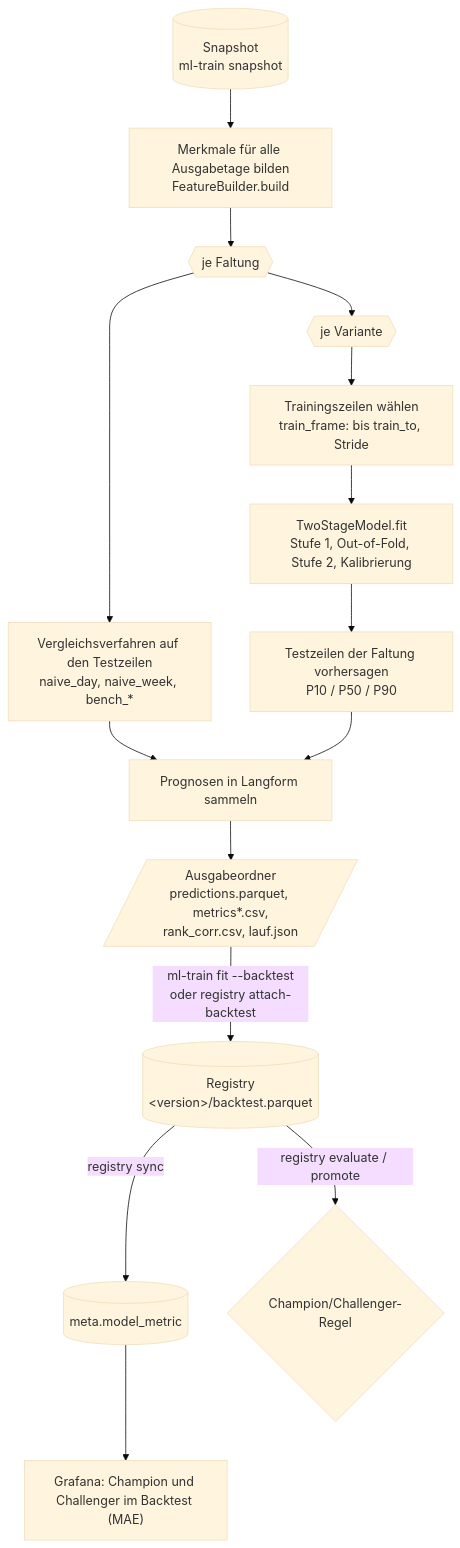
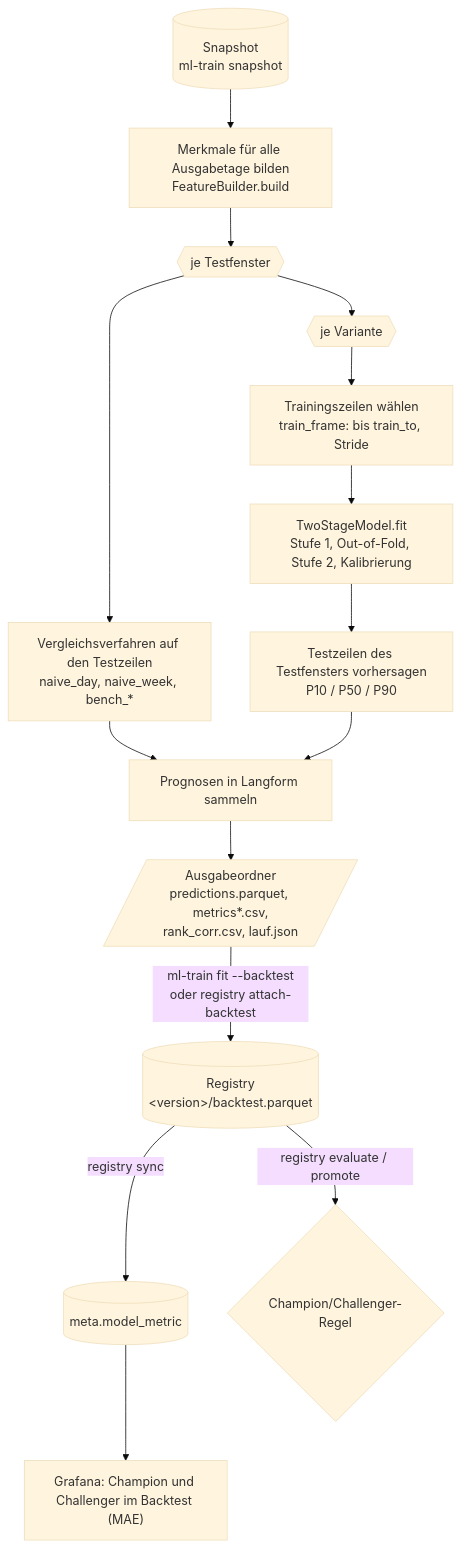
One commit to the78mole/PredictionDB changed the first of 7 diagrams in docs/BACKTEST.md. Above: the diagram before and after it, drawn with Mermaid (base theme). The commit also changed other lines of this file and 23 other files, not shown here.

First line of the commit message:
docs: „Faltung“ durch „Testfenster“ ersetzen (#309)

````diff
--- a/docs/BACKTEST.md
+++ b/docs/BACKTEST.md
@@ -33,17 +33,17 @@
 ```mermaid
 flowchart TD
     S[("Snapshot<br/>ml-train snapshot")] --> F["Merkmale für alle Ausgabetage bilden<br/>FeatureBuilder.build"]
-    F --> L{{"je Faltung"}}
+    F --> L{{"je Testfenster"}}
     L --> B["Vergleichsverfahren auf den Testzeilen<br/>naive_day, naive_week, bench_*"]
     L --> V{{"je Variante"}}
     V --> T["Trainingszeilen wählen<br/>train_frame: bis train_to, Stride"]
     T --> M["TwoStageModel.fit<br/>Stufe 1, Out-of-Fold, Stufe 2, Kalibrierung"]
-    M --> P["Testzeilen der Faltung vorhersagen<br/>P10 / P50 / P90"]
+    M --> P["Testzeilen des Testfensters vorhersagen<br/>P10 / P50 / P90"]
     B --> R
     P --> R["Prognosen in Langform sammeln"]
     R --> O[/"Ausgabeordner<br/>predictions.parquet, metrics*.csv,<br/>rank_corr.csv, lauf.json"/]
     O -->|"ml-train fit --backtest<br/>oder registry attach-backtest"| G[("Registry<br/>&lt;version&gt;/backtest.parquet")]
     G -->|"registry sync"| D[("meta.model_metric")]
     D --> GR["Grafana: Champion und Challenger im Backtest (MAE)"]
     G -->|"registry evaluate / promote"| C{"Champion/Challenger-Regel"}
 ```
````
